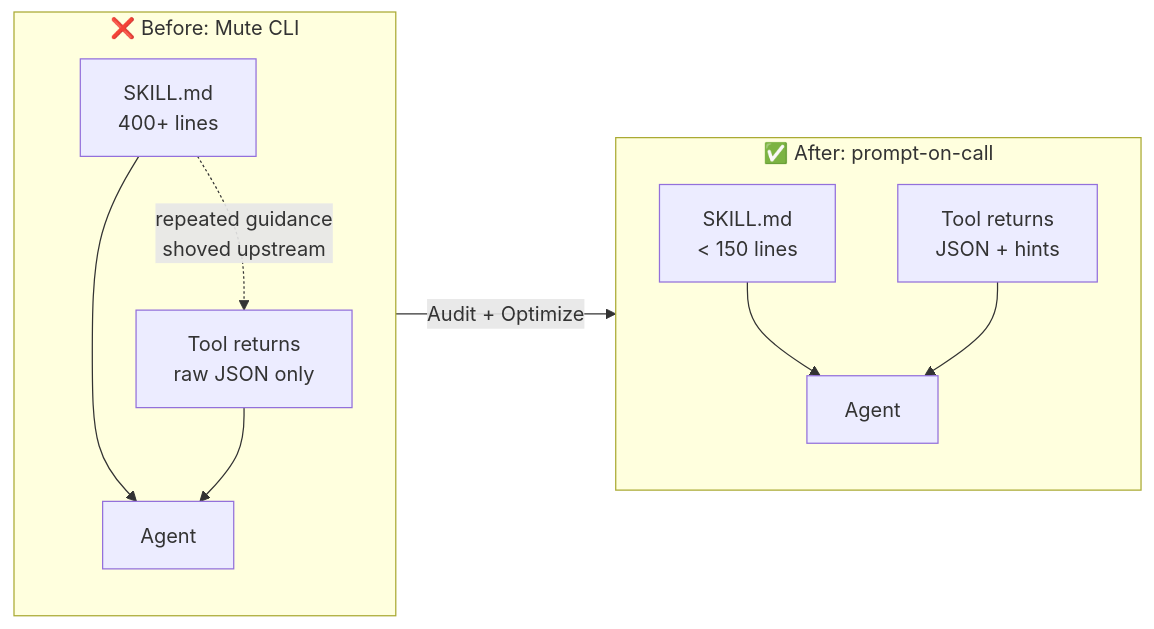
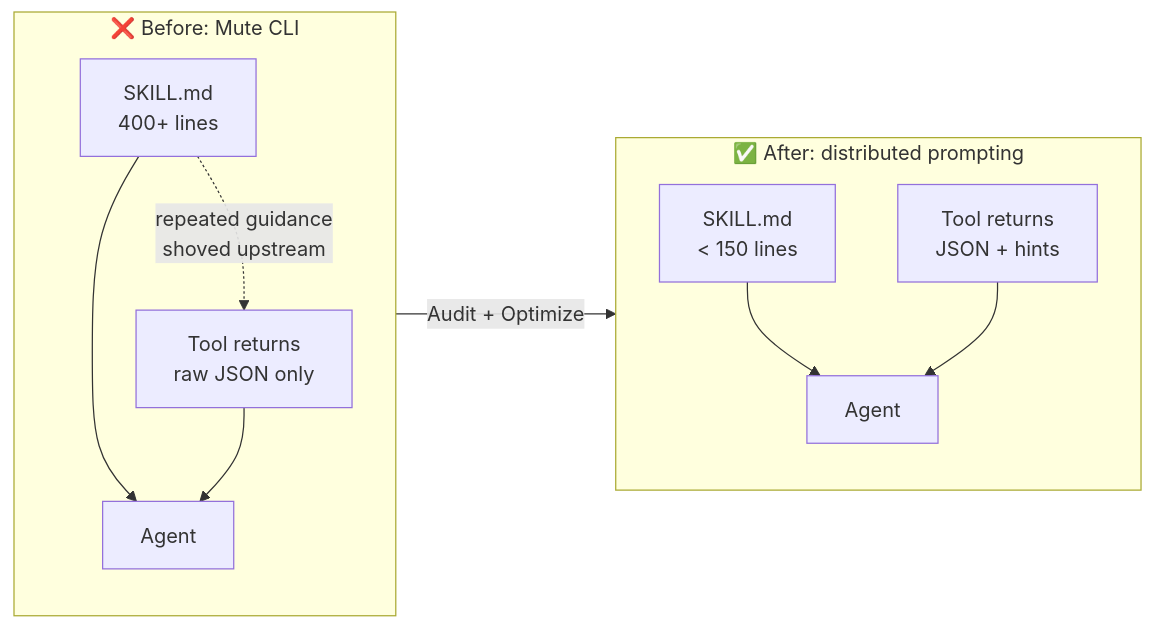
Before and after one commit to DrDexter6000/talking-cli: the first of 2 diagrams in README.md, drawn with Mermaid. The commit also changed other lines of this file and 2 other files, not shown here.

First line of the commit message:
docs: restructure concept hierarchy - Distributed Prompting > Prompt-on-Call

````diff
--- a/README.md
+++ b/README.md
@@ -64,15 +64,15 @@
 ```mermaid
 graph LR
     subgraph Before ["❌ Before: Mute CLI"]
         A1[SKILL.md<br/>400+ lines] --> A2[Agent]
         A3[Tool returns<br/>raw JSON only] --> A2
         A1 -.->|repeated guidance<br/>shoved upstream| A3
     end
 
-    subgraph After ["✅ After: prompt-on-call"]
+    subgraph After ["✅ After: distributed prompting"]
         B1[SKILL.md<br/>&lt; 150 lines] --> B2[Agent]
         B3[Tool returns<br/>JSON + hints] --> B2
     end
 
     Before -->|Audit + Optimize| After
 ```
````
